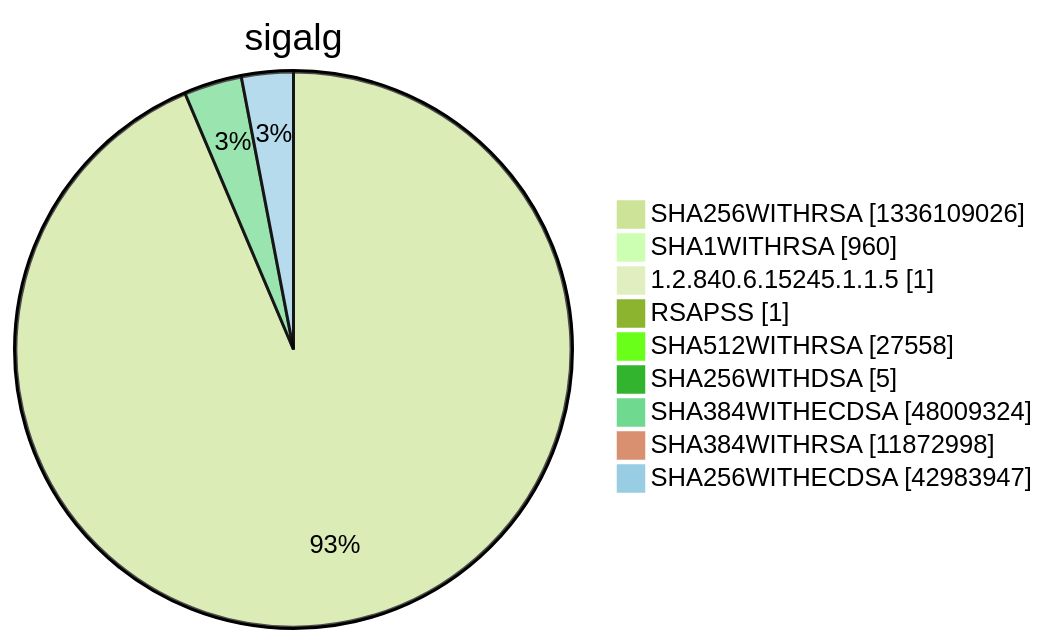
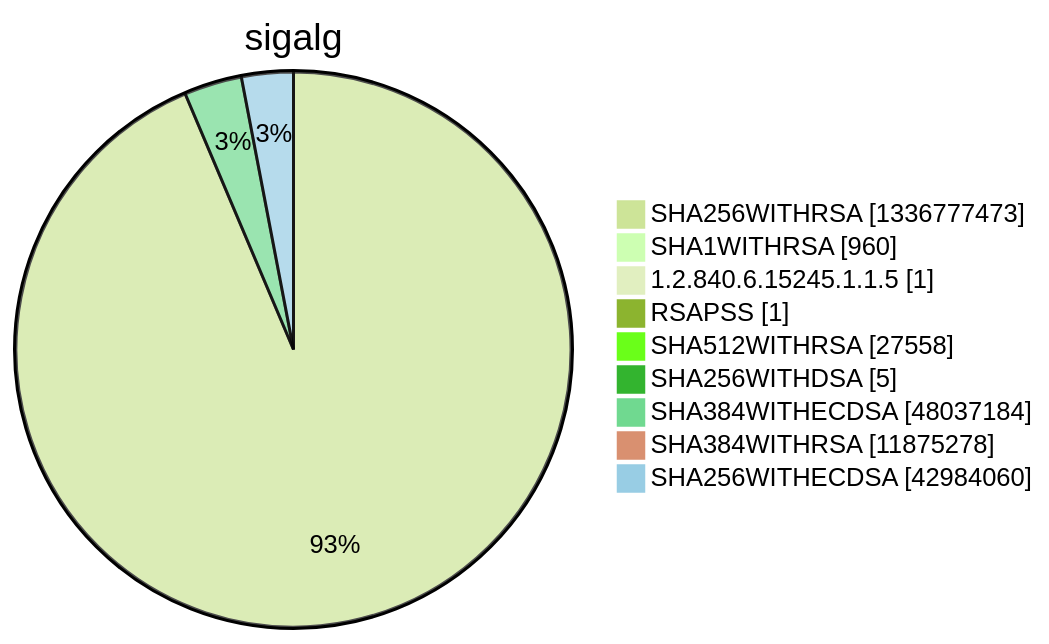
One commit to christiankrug/ctmonitor_visualization changed diagram 15 of 15 in argon2022/README.md. Above: the diagram before and after it, drawn with Mermaid (forest theme). The commit also changed other lines of this file, not shown here.

````diff
--- a/argon2022/README.md
+++ b/argon2022/README.md
@@ -5524,13 +5524,13 @@
 ```mermaid
 pie showData
 title sigalg
-"SHA256WITHRSA" :1336109026
+"SHA256WITHRSA" :1336777473
 "SHA1WITHRSA" :960
 "1.2.840.6.15245.1.1.5" :1
 "RSAPSS" :1
 "SHA512WITHRSA" :27558
 "SHA256WITHDSA" :5
-"SHA384WITHECDSA" :48009324
-"SHA384WITHRSA" :11872998
-"SHA256WITHECDSA" :42983947
+"SHA384WITHECDSA" :48037184
+"SHA384WITHRSA" :11875278
+"SHA256WITHECDSA" :42984060
 ```
````
